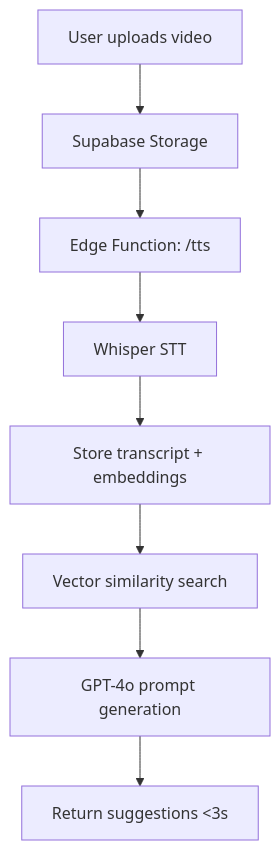
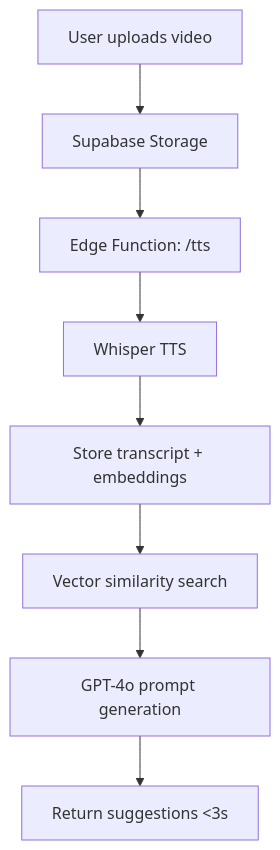
Before and after one commit to baibhavbista/gai-wednesday-waffle: the diagram in README.md, drawn with Mermaid. The commit also changed 4 other files, not shown here.

````diff
--- a/README.md
+++ b/README.md
@@ -155,10 +155,10 @@
 ```mermaid
 graph TD
     A[User uploads video] --> B[Supabase Storage]
     B --> C[Edge Function: /tts]
-    C --> D[Whisper STT]
+    C --> D[Whisper TTS]
     D --> E[Store transcript + embeddings]
     E --> F[Vector similarity search]
     F --> G[GPT-4o prompt generation]
     G --> H[Return suggestions <3s]
 ```
````
